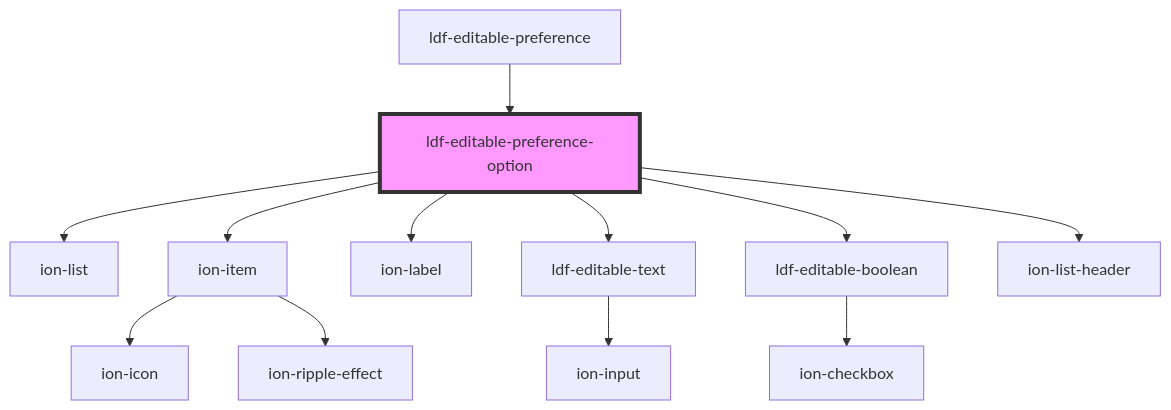
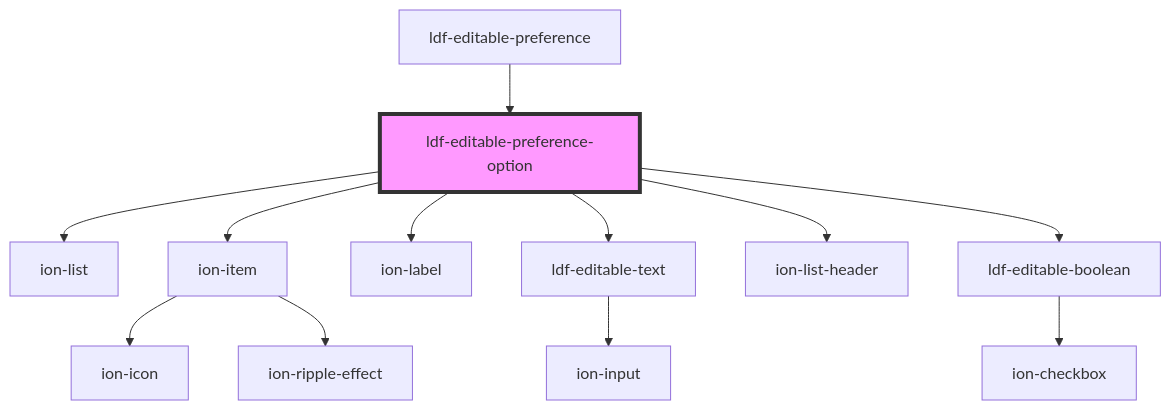
Before and after one commit to gbj/venite: the diagram in components/src/components/editable-preference-option/readme.md, drawn with Mermaid. The commit also changed other lines of this file and 29 other files, not shown here.

````diff
--- a/components/src/components/editable-preference-option/readme.md
+++ b/components/src/components/editable-preference-option/readme.md
@@ -39,15 +39,15 @@
 ```mermaid
 graph TD;
   ldf-editable-preference-option --> ion-list
   ldf-editable-preference-option --> ion-item
   ldf-editable-preference-option --> ion-label
   ldf-editable-preference-option --> ldf-editable-text
+  ldf-editable-preference-option --> ion-list-header
   ldf-editable-preference-option --> ldf-editable-boolean
-  ldf-editable-preference-option --> ion-list-header
   ion-item --> ion-icon
   ion-item --> ion-ripple-effect
   ldf-editable-text --> ion-input
   ldf-editable-boolean --> ion-checkbox
   ldf-editable-preference --> ldf-editable-preference-option
   style ldf-editable-preference-option fill:#f9f,stroke:#333,stroke-width:4px
 ```
````
